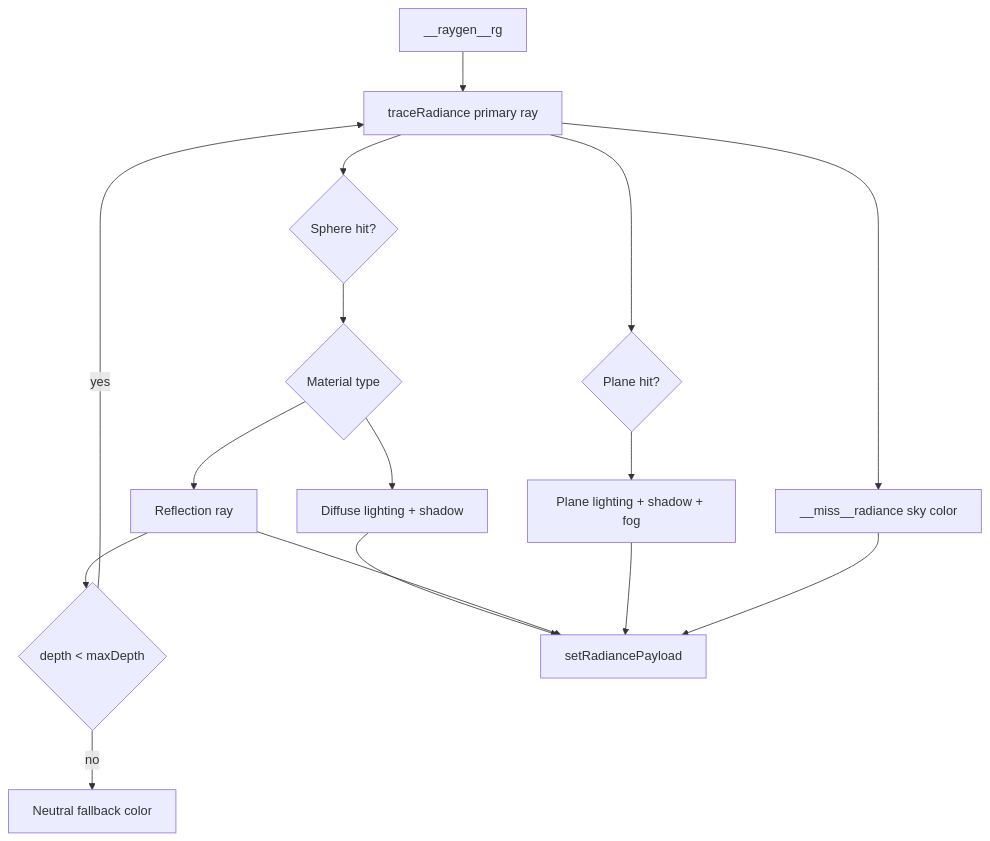
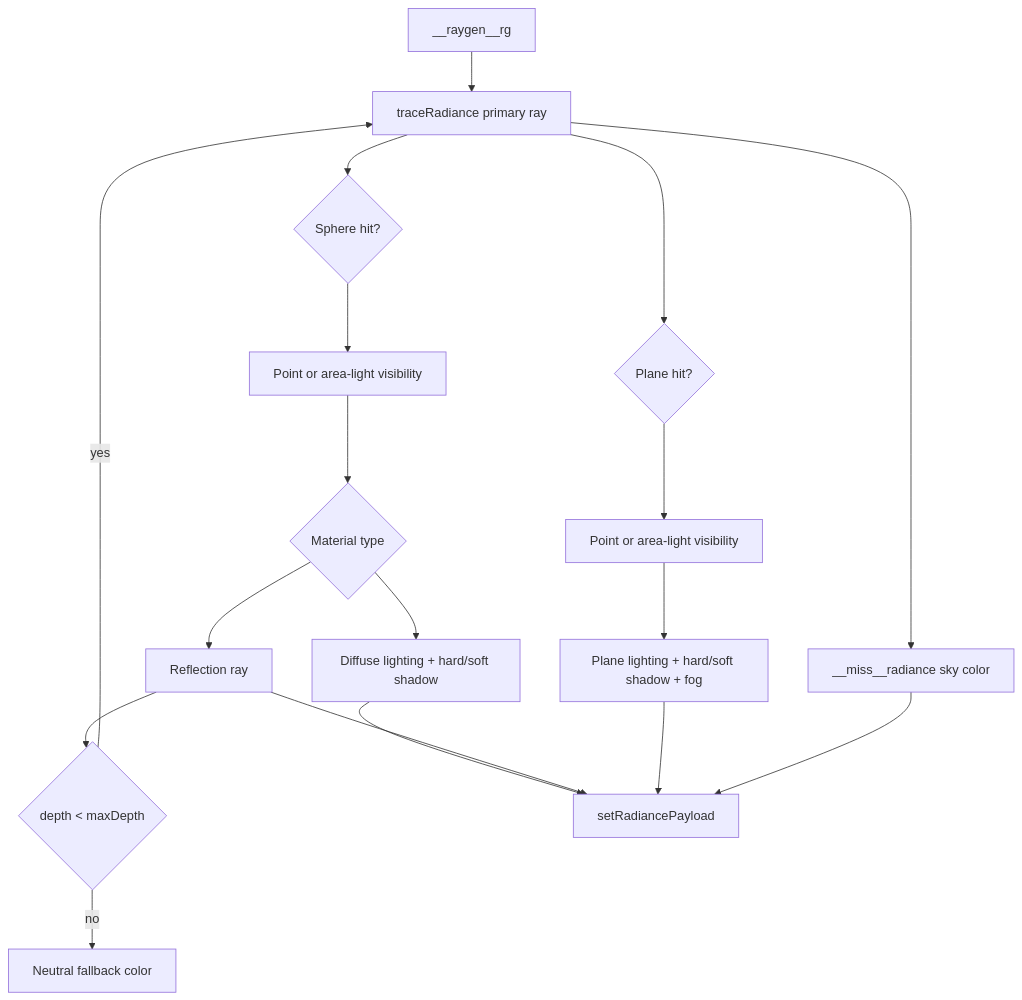
Before and after one commit to Tundraws/RayTracer: the third of 4 diagrams in RayTracerRTX/docs/architecture.md, drawn with Mermaid. The commit also changed 9 other files, not shown here.

Commit message:
feat: add area light and refine shading

````diff
--- a/RayTracerRTX/docs/architecture.md
+++ b/RayTracerRTX/docs/architecture.md
@@ -51,18 +51,20 @@
 ```mermaid
 flowchart TD
     RG["__raygen__rg"] --> Primary["traceRadiance primary ray"]
     Primary --> HitSphere{"Sphere hit?"}
     Primary --> HitPlane{"Plane hit?"}
     Primary --> Miss["__miss__radiance sky color"]
-    HitSphere --> Material{"Material type"}
-    Material --> Diffuse["Diffuse lighting + shadow"]
+    HitSphere --> Visibility["Point or area-light visibility"]
+    Visibility --> Material{"Material type"}
+    Material --> Diffuse["Diffuse lighting + hard/soft shadow"]
     Material --> Mirror["Reflection ray"]
     Mirror --> Depth{"depth < maxDepth"}
     Depth -->|yes| Primary
     Depth -->|no| Fallback["Neutral fallback color"]
-    HitPlane --> PlaneLight["Plane lighting + shadow + fog"]
+    HitPlane --> PlaneVisibility["Point or area-light visibility"]
+    PlaneVisibility --> PlaneLight["Plane lighting + hard/soft shadow + fog"]
     Diffuse --> Output["setRadiancePayload"]
     Mirror --> Output
     PlaneLight --> Output
     Miss --> Output
 ```
````
